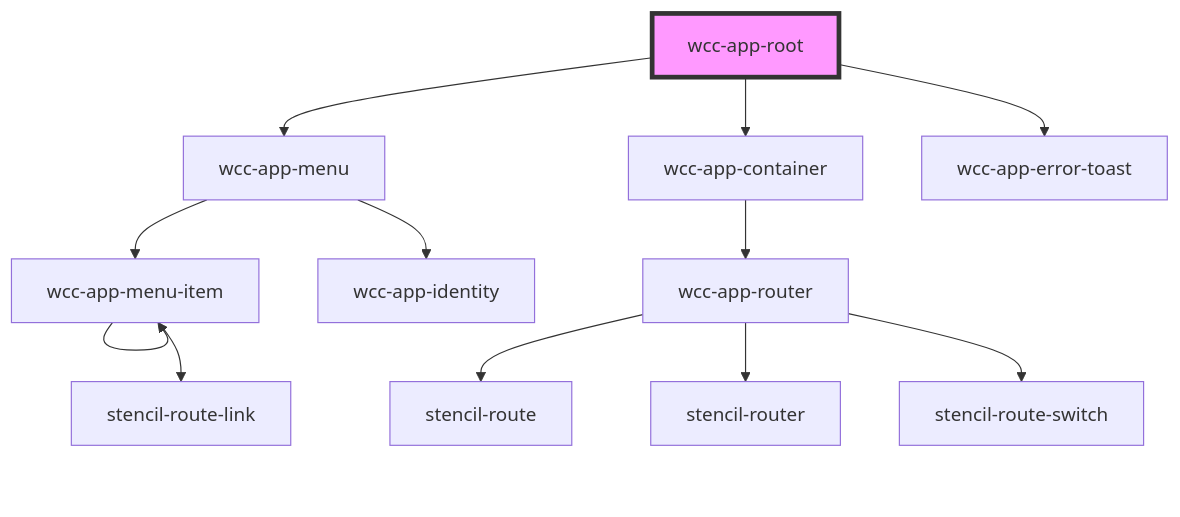
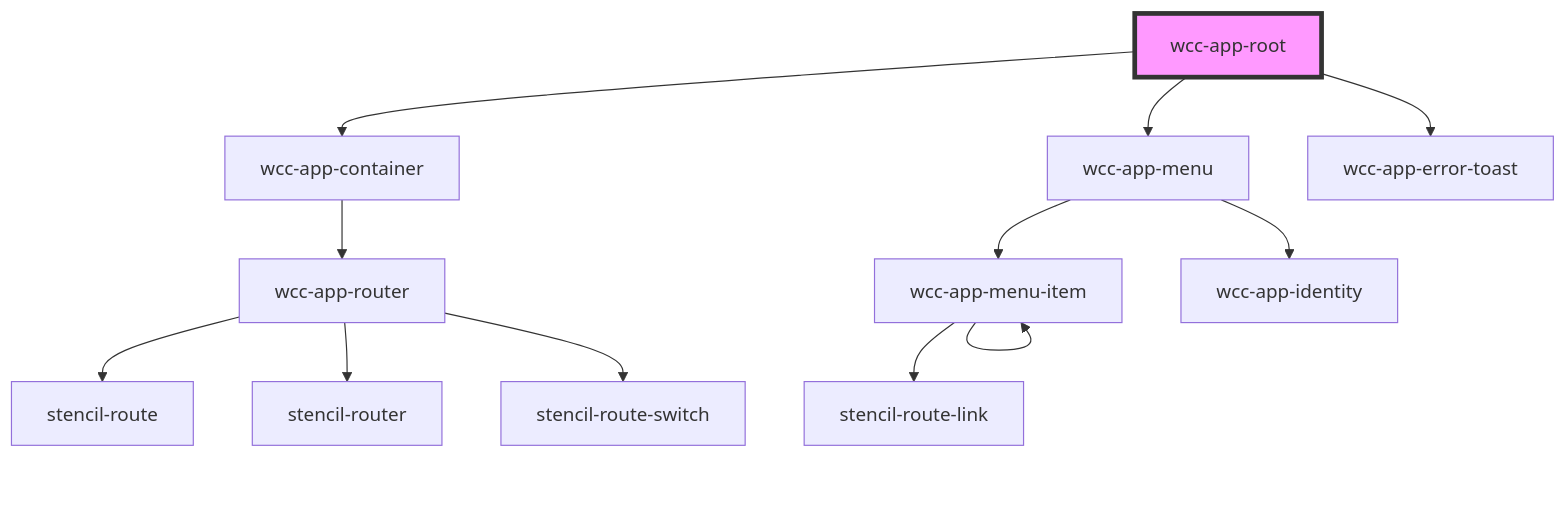
One commit to webcardinal/webcardinal-core changed the diagram in src/components/wcc-app/wcc-app-root/readme.md. Above: the diagram before and after it, drawn with Mermaid. The commit also changed other lines of this file and 3 other files, not shown here.

First line of the commit message:
getRouting listener added in app-router for "skins/" mechanism

````diff
--- a/src/components/wcc-app/wcc-app-root/readme.md
+++ b/src/components/wcc-app/wcc-app-root/readme.md
@@ -32,15 +32,15 @@
 ```mermaid
 graph TD;
+  wcc-app-root --> wcc-app-container
   wcc-app-root --> wcc-app-menu
-  wcc-app-root --> wcc-app-container
   wcc-app-root --> wcc-app-error-toast
+  wcc-app-container --> wcc-app-router
+  wcc-app-router --> stencil-route
+  wcc-app-router --> stencil-router
+  wcc-app-router --> stencil-route-switch
   wcc-app-menu --> wcc-app-menu-item
   wcc-app-menu --> wcc-app-identity
   wcc-app-menu-item --> wcc-app-menu-item
   wcc-app-menu-item --> stencil-route-link
-  wcc-app-container --> wcc-app-router
-  wcc-app-router --> stencil-route
-  wcc-app-router --> stencil-router
-  wcc-app-router --> stencil-route-switch
   style wcc-app-root fill:#f9f,stroke:#333,stroke-width:4px
 ```
````
